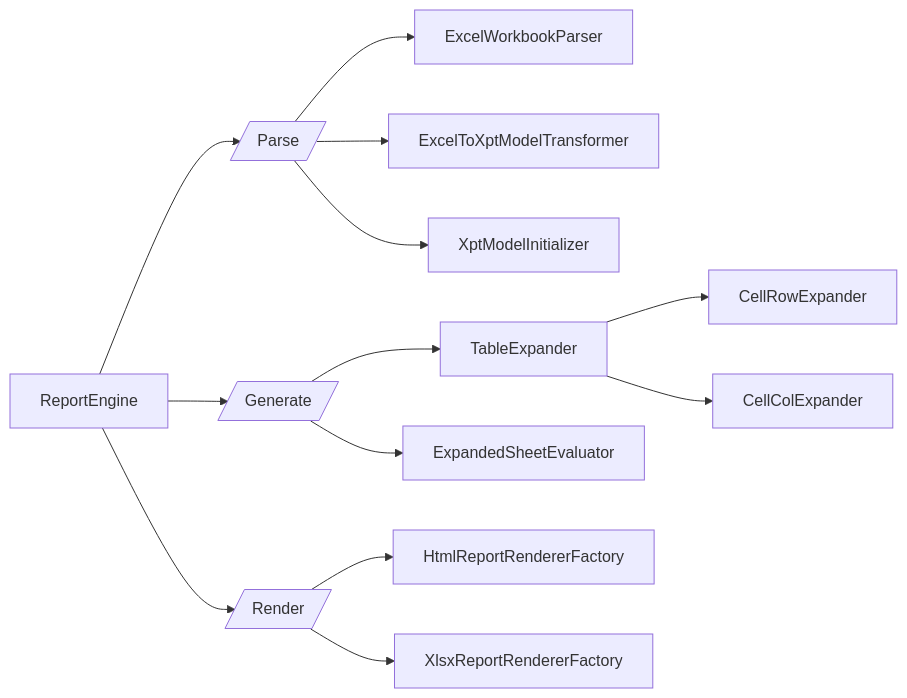
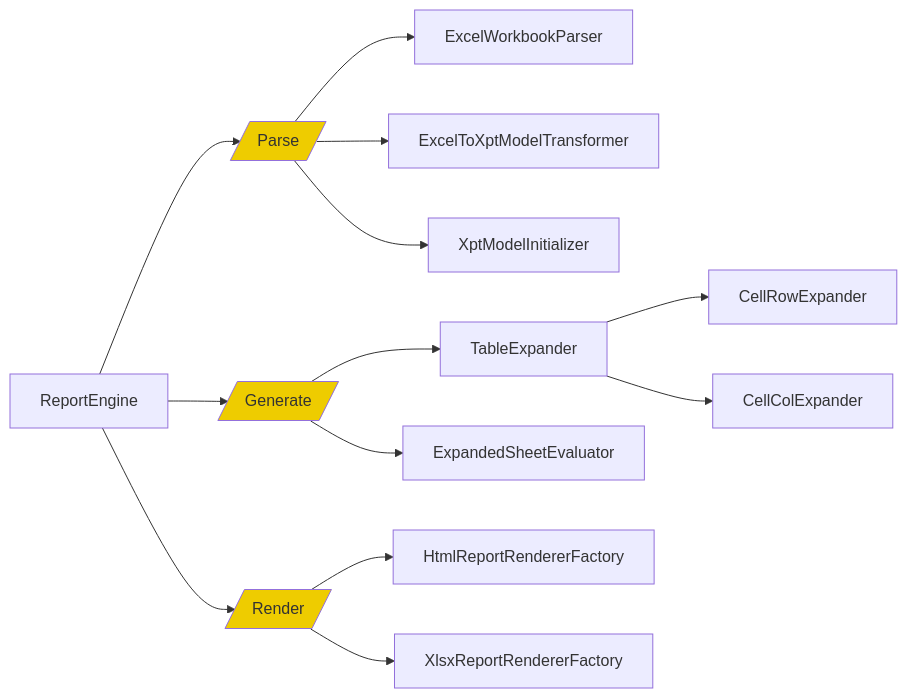
One commit to entropy-cloud/nop-entropy changed the third of 12 diagrams in docs/dev-guide/report/report-design.md. Above: the diagram before and after it, drawn with Mermaid. The commit also changed other lines of this file and 2 other files, not shown here.

````diff
--- a/docs/dev-guide/report/report-design.md
+++ b/docs/dev-guide/report/report-design.md
@@ -73,17 +104,21 @@
 ```mermaid
 graph LR
       ReportEngine --> a1[/Parse/]
       ReportEngine --> a2[/Generate/]
       ReportEngine --> a3[/Render/]
-      a1[/Parse/] --> ExcelWorkbookParser
-      a1[/Parse/] --> ExcelToXptModelTransformer
-      a1[/Parse/] --> XptModelInitializer
+      a1 --> ExcelWorkbookParser
+      a1 --> ExcelToXptModelTransformer
+      a1 --> XptModelInitializer
 
-      a2[/Generate/] --> TableExpander
+      a2 --> TableExpander
       TableExpander --> CellRowExpander
       TableExpander --> CellColExpander
-      a2[/Generate/] --> ExpandedSheetEvaluator
+      a2 --> ExpandedSheetEvaluator
 
-      a3[/Render/] --> HtmlReportRendererFactory
-      a3[/Render/] --> XlsxReportRendererFactory
+      a3 --> HtmlReportRendererFactory
+      a3 --> XlsxReportRendererFactory
+
+      style a1 fill:#eecc00
+      style a2 fill:#eecc00
+      style a3 fill:#eecc00
 ```
````
